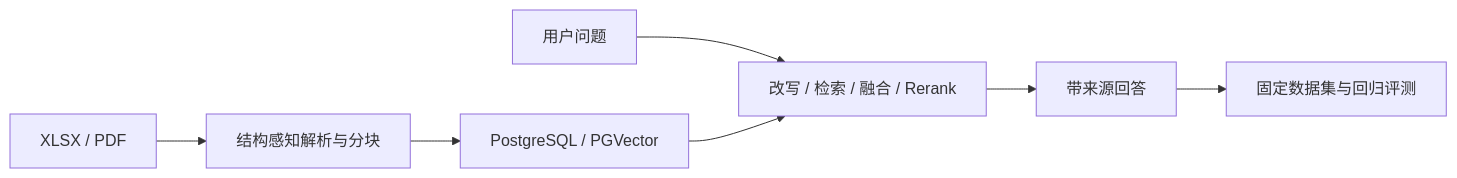
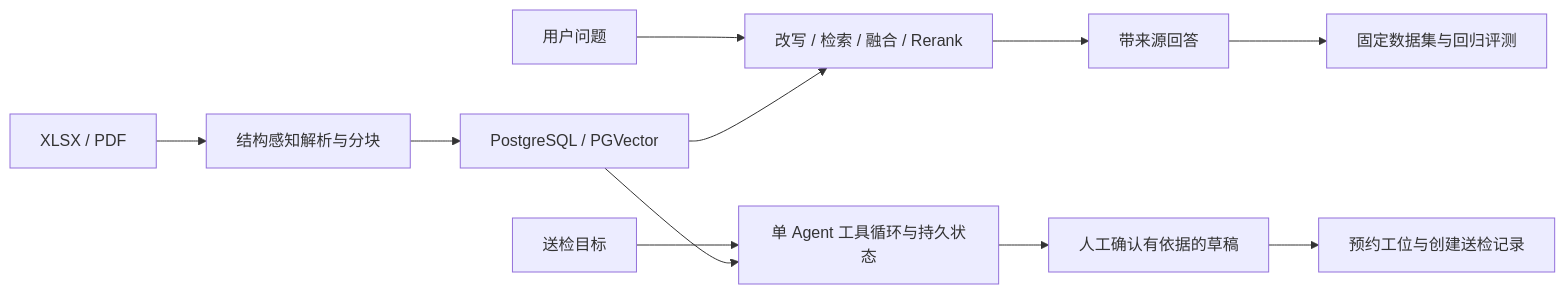
The diagram in README.md (qiyu-lu/ragent), drawn with Mermaid before and after one commit. The commit also changed other lines of this file and 7 other files, not shown here.

````diff
--- a/README.md
+++ b/README.md
@@ -7,9 +7,13 @@
 ```mermaid
 flowchart LR
     A[XLSX / PDF] --> B[结构感知解析与分块]
     B --> C[PostgreSQL / PGVector]
     Q[用户问题] --> D[改写 / 检索 / 融合 / Rerank]
     C --> D
     D --> E[带来源回答]
     E --> F[固定数据集与回归评测]
+    T[送检目标] --> G[单 Agent 工具循环与持久状态]
+    C --> G
+    G --> H[人工确认有依据的草稿]
+    H --> I[预约工位与创建送检记录]
 ```
````
